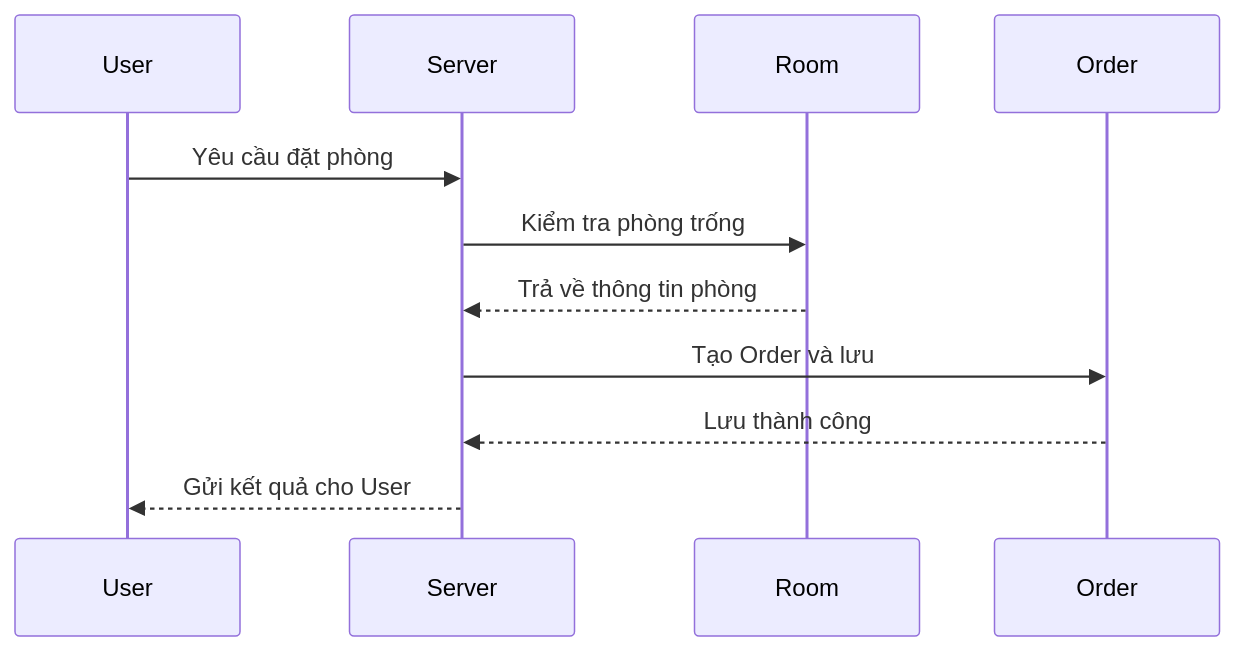
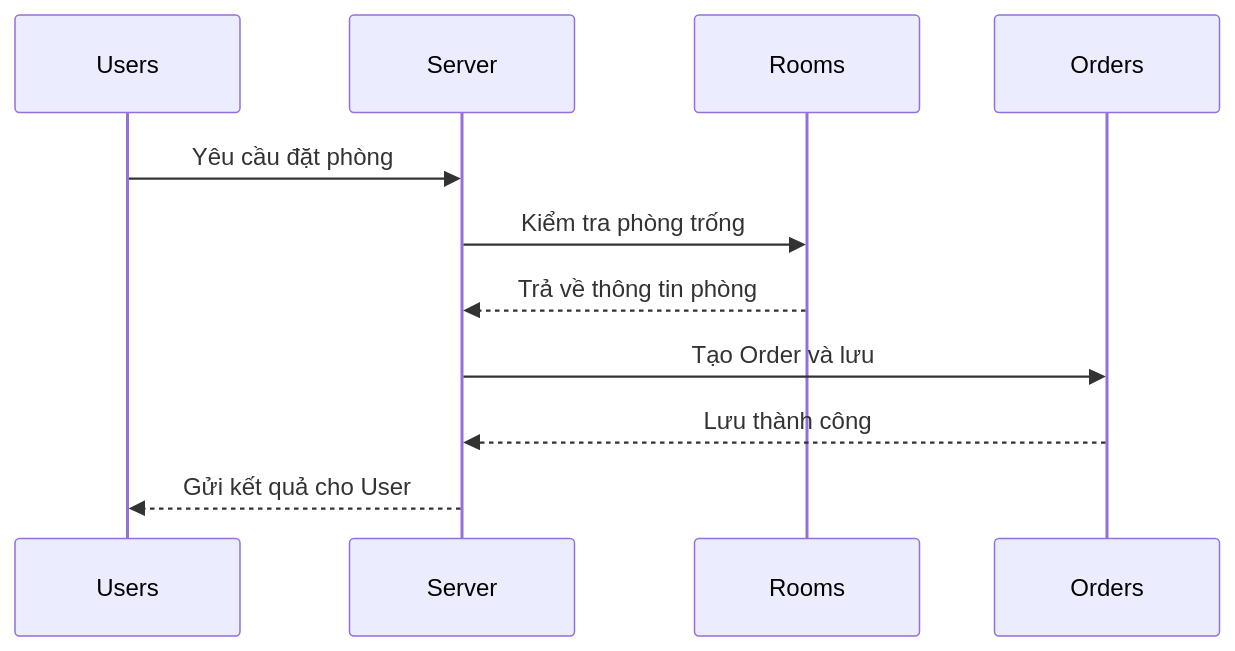
One commit to LeDucLong123/laravel_1 changed the first of 2 diagrams in README.md. Above: the diagram before and after it, drawn with Mermaid. The commit also changed other lines of this file, not shown here.

Commit message:
Sequence Diagram

````diff
--- a/README.md
+++ b/README.md
@@ -88,9 +88,9 @@
 ```mermaid
 sequenceDiagram
-    User->>Server: Yêu cầu đặt phòng
-    Server->>Room: Kiểm tra phòng trống
-    Room-->>Server: Trả về thông tin phòng
-    Server->>Order: Tạo Order và lưu
-    Order-->>Server: Lưu thành công
-    Server-->>User: Gửi kết quả cho User
+    Users->>Server: Yêu cầu đặt phòng
+    Server->>Rooms: Kiểm tra phòng trống
+    Rooms-->>Server: Trả về thông tin phòng
+    Server->>Orders: Tạo Order và lưu
+    Orders-->>Server: Lưu thành công
+    Server-->>Users: Gửi kết quả cho User
 ```
````
